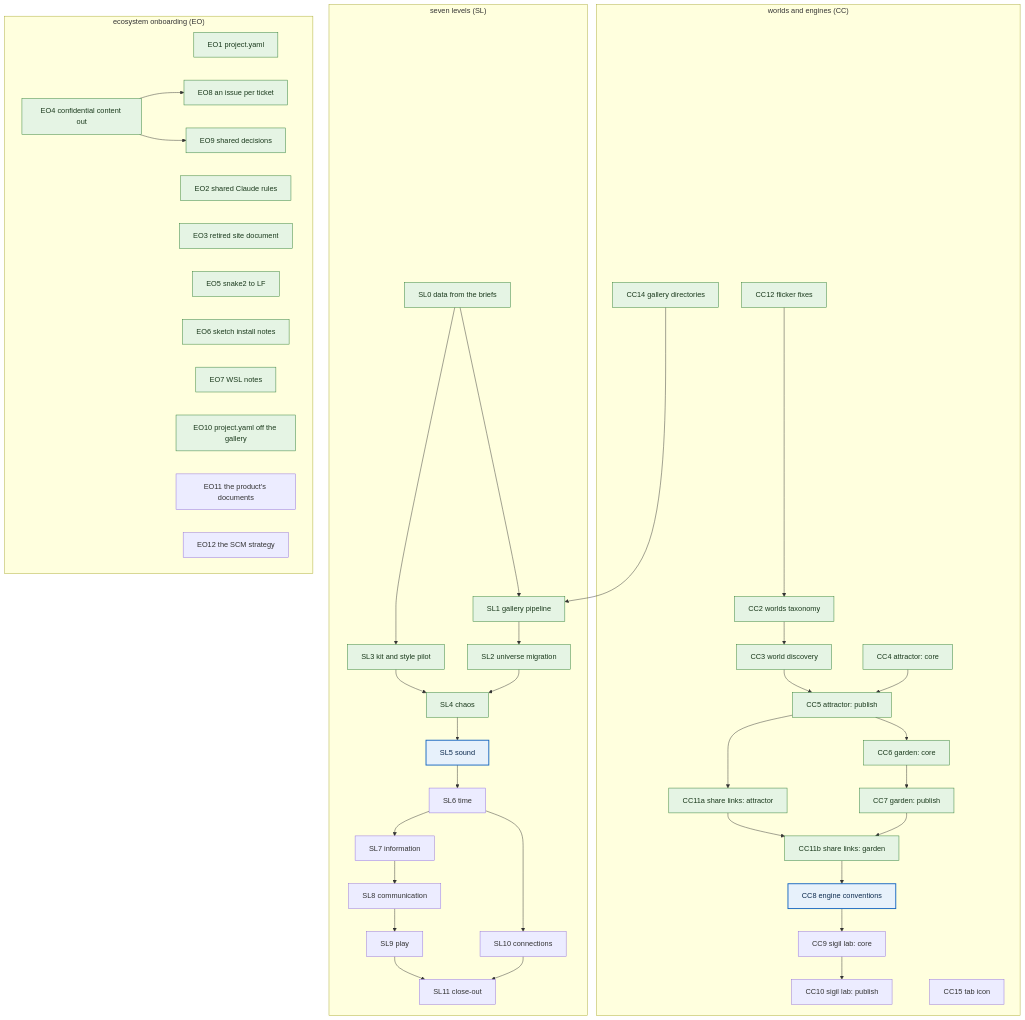
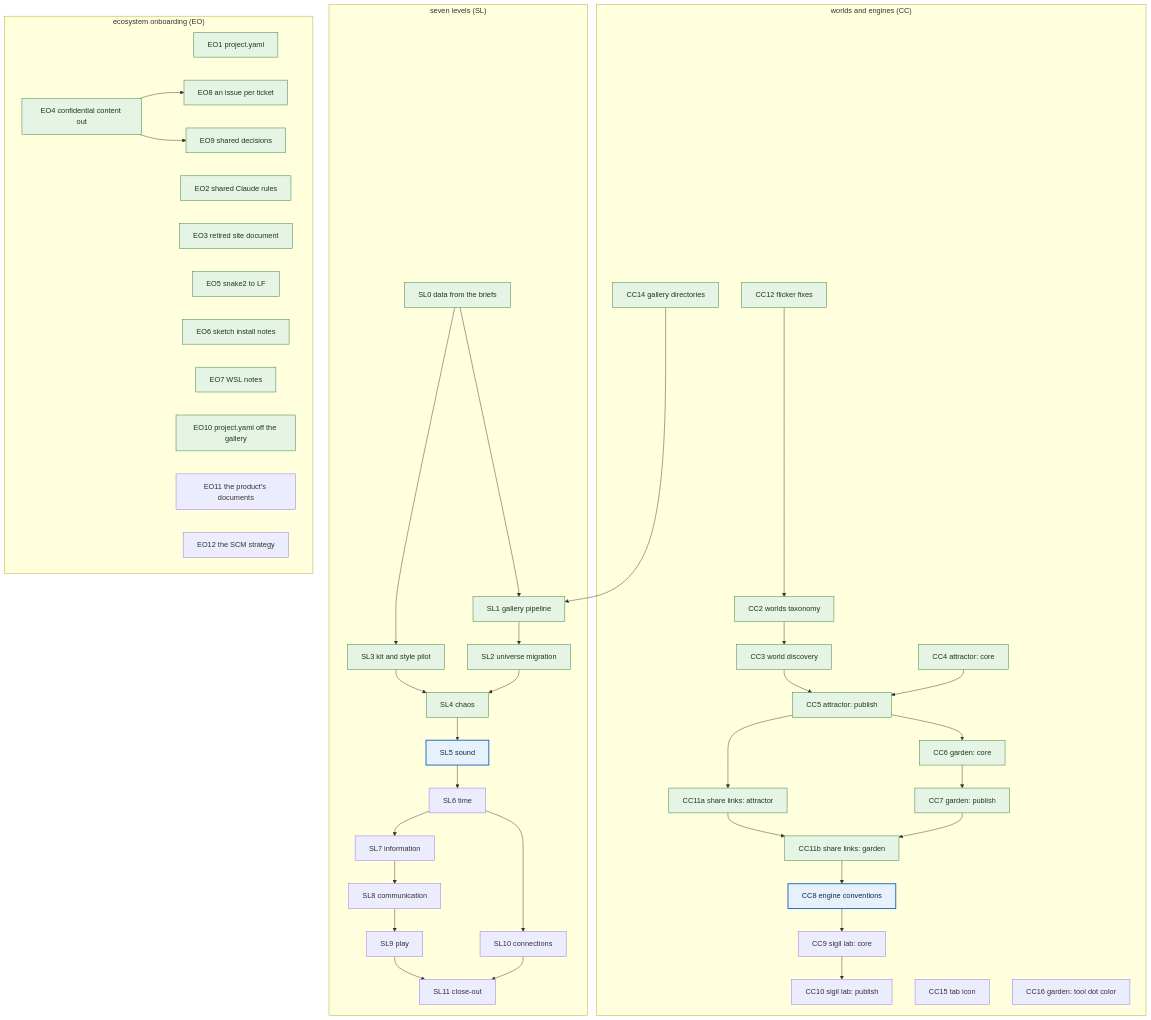
One commit to eigenomarksamy/creative_coding changed the diagram in dev_plan.md. Above: the diagram before and after it, drawn with Mermaid. The commit also changed other lines of this file, not shown here.

Commit message:
plan cc16, the garden's tool dot following the seed

````diff
--- a/dev_plan.md
+++ b/dev_plan.md
@@ -40,54 +40,55 @@
 ```mermaid
 flowchart TD
   %% when a ticket ships, add it to the done class, move the next class to its lane's next ticket, and update the lanes table above
   subgraph CCL["worlds and engines (CC)"]
     CC12["CC12 flicker fixes"] --> CC2["CC2 worlds taxonomy"]
     CC2 --> CC3["CC3 world discovery"]
     CC3 --> CC5["CC5 attractor: publish"]
     CC4["CC4 attractor: core"] --> CC5
     CC5 --> CC11a["CC11a share links: attractor"]
     CC5 --> CC6["CC6 garden: core"]
     CC6 --> CC7["CC7 garden: publish"]
     CC11a --> CC11b["CC11b share links: garden"]
     CC7 --> CC11b
     CC11b --> CC8["CC8 engine conventions"]
     CC8 --> CC9["CC9 sigil lab: core"]
     CC9 --> CC10["CC10 sigil lab: publish"]
     CC14["CC14 gallery directories"]
     CC15["CC15 tab icon"]
+    CC16["CC16 garden: tool dot color"]
   end
   subgraph SLL["seven levels (SL)"]
     SL0["SL0 data from the briefs"] --> SL1["SL1 gallery pipeline"]
     SL0 --> SL3["SL3 kit and style pilot"]
     SL1 --> SL2["SL2 universe migration"]
     SL3 --> SL4["SL4 chaos"]
     SL2 --> SL4
     SL4 --> SL5["SL5 sound"]
     SL5 --> SL6["SL6 time"]
     SL6 --> SL7["SL7 information"]
     SL7 --> SL8["SL8 communication"]
     SL8 --> SL9["SL9 play"]
     SL6 --> SL10["SL10 connections"]
     SL9 --> SL11["SL11 close-out"]
     SL10 --> SL11
   end
   subgraph EOL["ecosystem onboarding (EO)"]
     EO1["EO1 project.yaml"]
     EO2["EO2 shared Claude rules"]
     EO3["EO3 retired site document"]
     EO4["EO4 confidential content out"] --> EO8["EO8 an issue per ticket"]
     EO4 --> EO9["EO9 shared decisions"]
     EO5["EO5 snake2 to LF"]
     EO6["EO6 sketch install notes"]
     EO7["EO7 WSL notes"]
     EO10["EO10 project.yaml off the gallery"]
     EO11["EO11 the product's documents"]
     EO12["EO12 the SCM strategy"]
   end
   CC14 --> SL1
 
   classDef done fill:#e5f4e4,stroke:#2e7d32,color:#1b3a1d
   classDef next fill:#e7f1fb,stroke:#1565c0,stroke-width:2px,color:#0d2b4e
   class CC12,CC2,CC3,CC4,CC14,CC5,CC11a,CC6,CC7,CC11b,SL0,SL1,SL2,SL3,SL4,EO1,EO4,EO2,EO3,EO9,EO8,EO5,EO6,EO7,EO10 done
   class CC8,SL5 next
 ```
````
